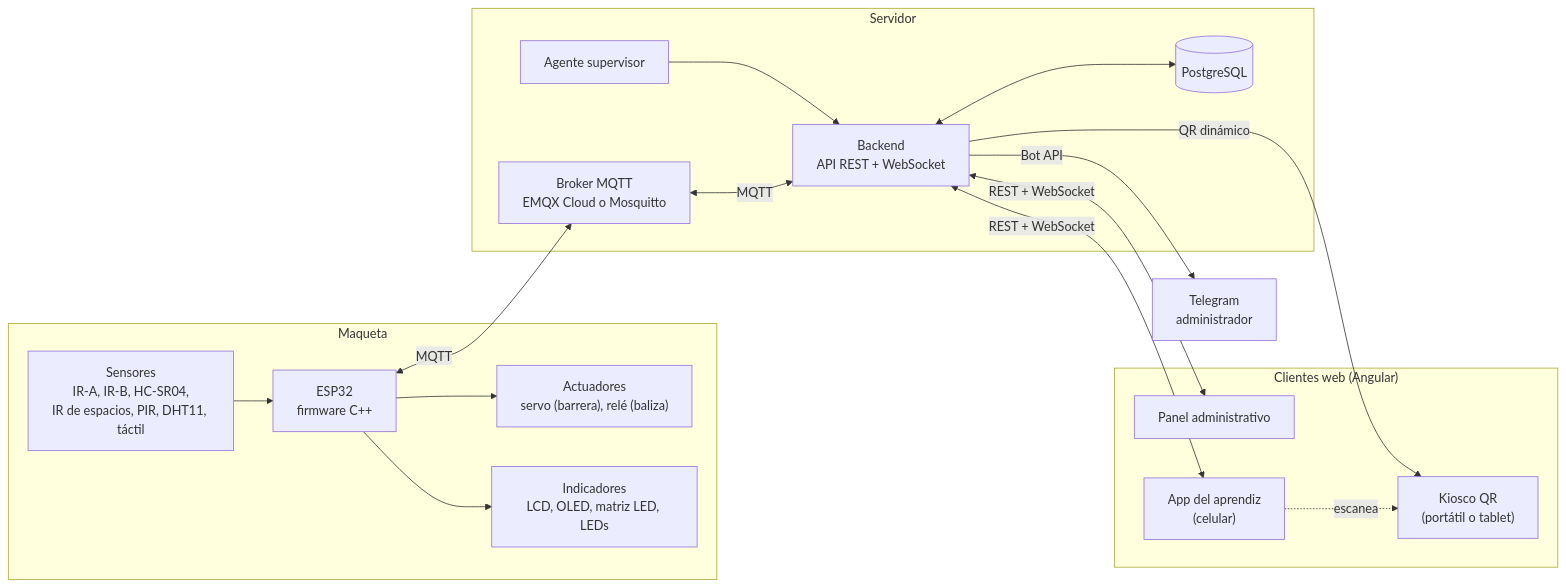
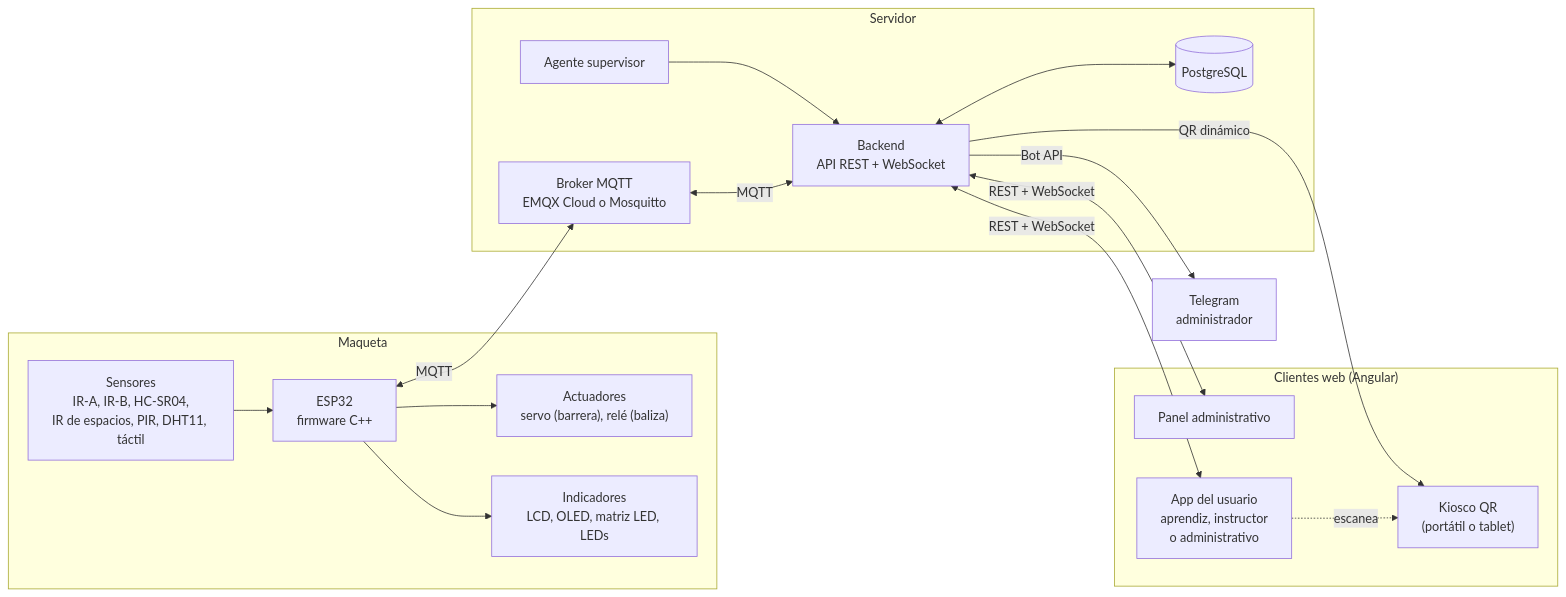
One commit to F5Alejo/Control_Personal_Sena changed the first of 4 diagrams in docs/03-arquitectura.md. Above: the diagram before and after it, drawn with Mermaid. The commit also changed other lines of this file and 42 other files, not shown here.

````diff
--- a/docs/03-arquitectura.md
+++ b/docs/03-arquitectura.md
@@ -8,35 +8,35 @@
 ```mermaid
 flowchart LR
     subgraph MAQ["Maqueta"]
         SEN["Sensores<br/>IR-A, IR-B, HC-SR04,<br/>IR de espacios, PIR, DHT11, táctil"]
         ESP["ESP32<br/>firmware C++"]
         ACT["Actuadores<br/>servo (barrera), relé (baliza)"]
         IND["Indicadores<br/>LCD, OLED, matriz LED, LEDs"]
         SEN --> ESP
         ESP --> ACT
         ESP --> IND
     end
 
     subgraph SRV["Servidor"]
         MQ["Broker MQTT<br/>EMQX Cloud o Mosquitto"]
         API["Backend<br/>API REST + WebSocket"]
         DB[("PostgreSQL")]
         AG["Agente supervisor"]
         API <--> DB
         AG --> API
     end
 
     subgraph CLI["Clientes web (Angular)"]
         ADM["Panel administrativo"]
-        APP["App del aprendiz<br/>(celular)"]
+        APP["App del usuario<br/>aprendiz, instructor<br/>o administrativo"]
         KIO["Kiosco QR<br/>(portátil o tablet)"]
     end
 
     ESP <-->|MQTT| MQ
     MQ <-->|MQTT| API
     API <-->|REST + WebSocket| ADM
     API <-->|REST + WebSocket| APP
     API -->|QR dinámico| KIO
     APP -.->|escanea| KIO
     API -->|Bot API| TG["Telegram<br/>administrador"]
 ```
````
